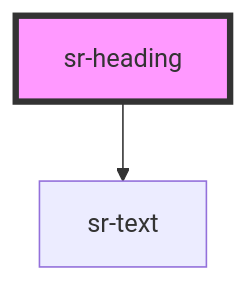
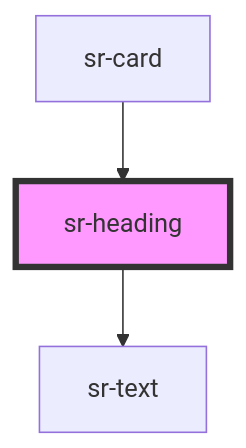
The diagram in src/components/typography/sr-heading/readme.md (tonyblu331/spotify-replay-design-system), drawn with Mermaid before and after one commit. The commit also changed other lines of this file and 2 other files, not shown here.

````diff
--- a/src/components/typography/sr-heading/readme.md
+++ b/src/components/typography/sr-heading/readme.md
@@ -29,5 +33,6 @@
 ```mermaid
 graph TD;
   sr-heading --> sr-text
+  sr-card --> sr-heading
   style sr-heading fill:#f9f,stroke:#333,stroke-width:4px
 ```
````
